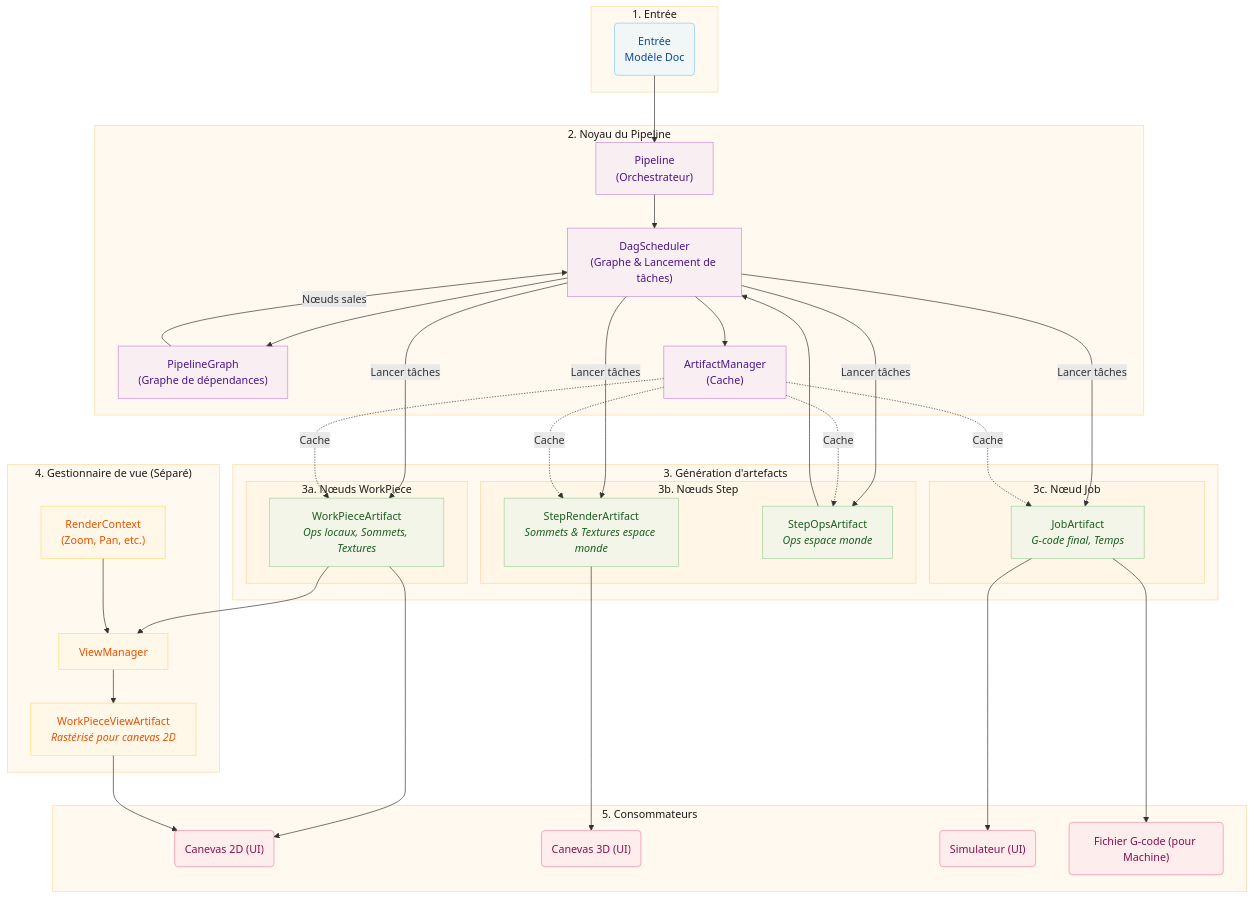
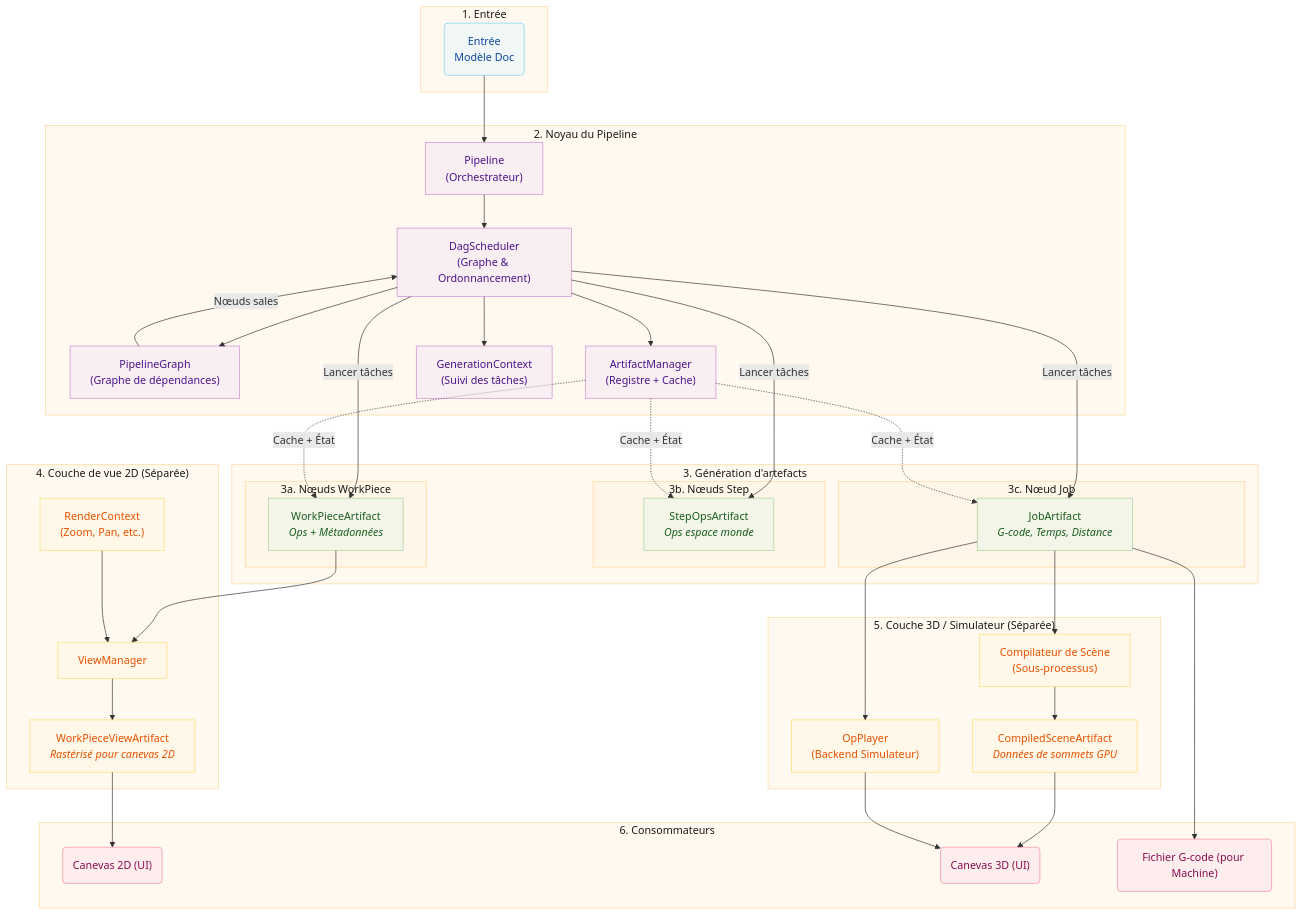
One commit to yuri-schmaltz/my-rayforge changed the diagram in website/i18n/fr/docusaurus-plugin-content-docs/current/developer/pipeline.md. Above: the diagram before and after it, drawn with Mermaid. The commit also changed other lines of this file and 8 other files, not shown here.

````diff
--- a/website/i18n/fr/docusaurus-plugin-content-docs/current/developer/pipeline.md
+++ b/website/i18n/fr/docusaurus-plugin-content-docs/current/developer/pipeline.md
@@ -13,36 +17,41 @@
 
     subgraph PipelineCore["2. Noyau du Pipeline"]
         Pipeline["Pipeline<br/>(Orchestrateur)"]
-        DAG["DagScheduler<br/>(Graphe & Lancement de tâches)"]
+        DAG["DagScheduler<br/>(Graphe & Ordonnancement)"]
         Graph["PipelineGraph<br/>(Graphe de dépendances)"]
-        AM["ArtifactManager<br/>(Cache)"]
+        AM["ArtifactManager<br/>(Registre + Cache)"]
+        GC["GenerationContext<br/>(Suivi des tâches)"]
     end
 
     subgraph ArtifactGen["3. Génération d'artefacts"]
         subgraph WorkPieceNodes["3a. Nœuds WorkPiece"]
-            WP["WorkPieceArtifact<br/><i>Ops locaux, Sommets, Textures</i>"]
+            WP["WorkPieceArtifact<br/><i>Ops + Métadonnées</i>"]
         end
 
         subgraph StepNodes["3b. Nœuds Step"]
-            SR["StepRenderArtifact<br/><i>Sommets & Textures espace monde</i>"]
             SO["StepOpsArtifact<br/><i>Ops espace monde</i>"]
         end
 
         subgraph JobNode["3c. Nœud Job"]
-            JA["JobArtifact<br/><i>G-code final, Temps</i>"]
+            JA["JobArtifact<br/><i>G-code, Temps, Distance</i>"]
         end
     end
 
-    subgraph ViewMgr["4. Gestionnaire de vue (Séparé)"]
+    subgraph View2D["4. Couche de vue 2D (Séparée)"]
         VM["ViewManager"]
-        VC["RenderContext<br/>(Zoom, Pan, etc.)"]
+        RC["RenderContext<br/>(Zoom, Pan, etc.)"]
         WV["WorkPieceViewArtifact<br/><i>Rastérisé pour canevas 2D</i>"]
     end
 
-    subgraph Consumers["5. Consommateurs"]
+    subgraph View3D["5. Couche 3D / Simulateur (Séparée)"]
+        SC["Compilateur de Scène<br/>(Sous-processus)"]
+        CS["CompiledSceneArtifact<br/><i>Données de sommets GPU</i>"]
+        OP["OpPlayer<br/>(Backend Simulateur)"]
+    end
+
+    subgraph Consumers["6. Consommateurs"]
         Vis2D("Canevas 2D (UI)")
         Vis3D("Canevas 3D (UI)")
-        Simulator("Simulateur (UI)")
         File("Fichier G-code (pour Machine)")
     end
 
@@ -50,28 +59,29 @@
     Pipeline --> DAG
     DAG --> Graph
     DAG --> AM
+    DAG --> GC
 
     Graph -->|"Nœuds sales"| DAG
     DAG -->|"Lancer tâches"| WP
-    DAG -->|"Lancer tâches"| SR
     DAG -->|"Lancer tâches"| SO
     DAG -->|"Lancer tâches"| JA
 
-    AM -.->|"Cache"| WP
-    AM -.->|"Cache"| SR
-    AM -.->|"Cache"| SO
-    AM -.->|"Cache"| JA
+    AM -.->|"Cache + État"| WP
+    AM -.->|"Cache + État"| SO
+    AM -.->|"Cache + État"| JA
 
-    WP --> Vis2D
     WP --> VM
-    SR --> Vis3D
-    SO --> DAG
-    JA --> Simulator
+    JA --> SC
+    JA --> OP
     JA --> File
 
-    VC --> VM
+    RC --> VM
     VM --> WV
     WV --> Vis2D
+
+    SC --> CS
+    CS --> Vis3D
+    OP --> Vis3D
 
     classDef clusterBox fill:#fff3e080,stroke:#ffb74d80,stroke-width:1px,color:#1a1a1a
     classDef inputNode fill:#e1f5fe80,stroke:#03a9f480,color:#0d47a1
@@ -79,10 +89,10 @@
     classDef artifactNode fill:#e8f5e980,stroke:#4caf5080,color:#1b5e20
     classDef viewNode fill:#fff8e180,stroke:#ffc10780,color:#e65100
     classDef consumerNode fill:#fce4ec80,stroke:#e91e6380,color:#880e4f
-    class Input,PipelineCore,ArtifactGen,WorkPieceNodes,StepNodes,JobNode,ViewMgr,Consumers clusterBox
+    class Input,PipelineCore,ArtifactGen,WorkPieceNodes,StepNodes,JobNode,View2D,View3D,Consumers clusterBox
     class InputNode inputNode
-    class Pipeline,DAG,Graph,AM coreNode
-    class WP,SR,SO,JA artifactNode
-    class VM,VC,WV viewNode
-    class Vis2D,Vis3D,Simulator,File consumerNode
+    class Pipeline,DAG,Graph,AM,GC coreNode
+    class WP,SO,JA artifactNode
+    class VM,RC,WV,SC,CS,OP viewNode
+    class Vis2D,Vis3D,File consumerNode
 ```
````
